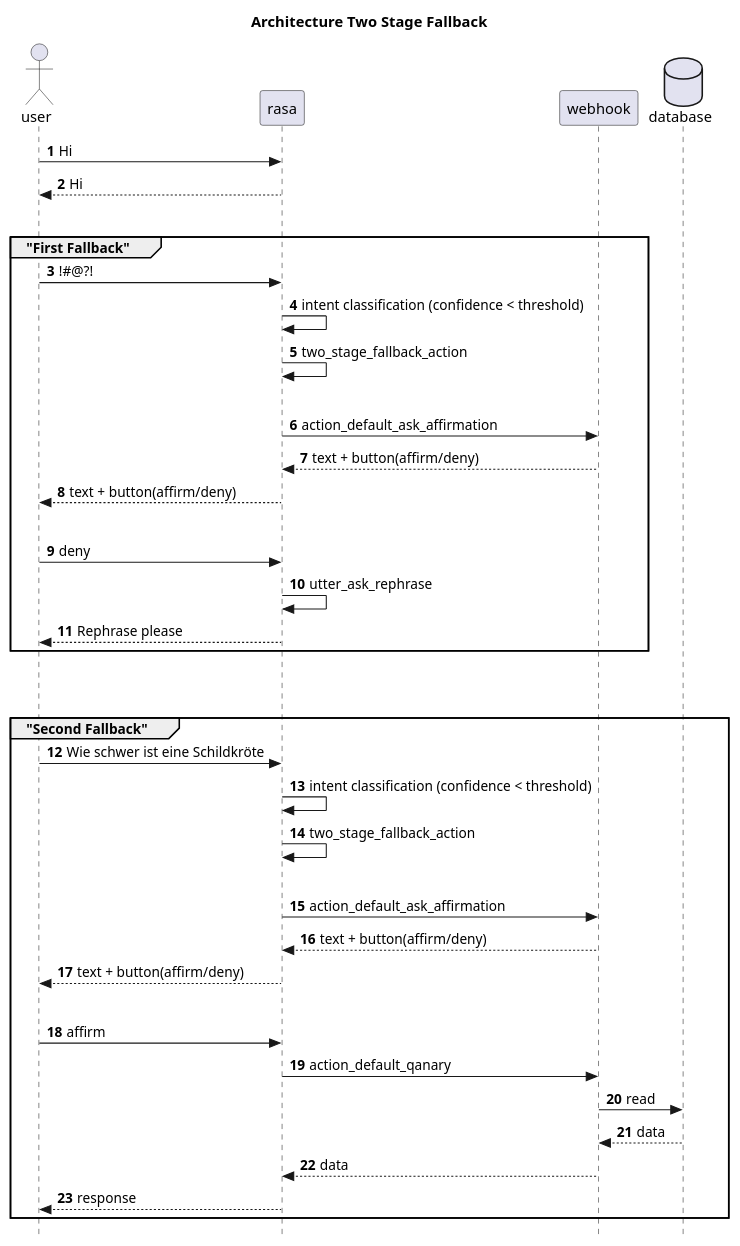
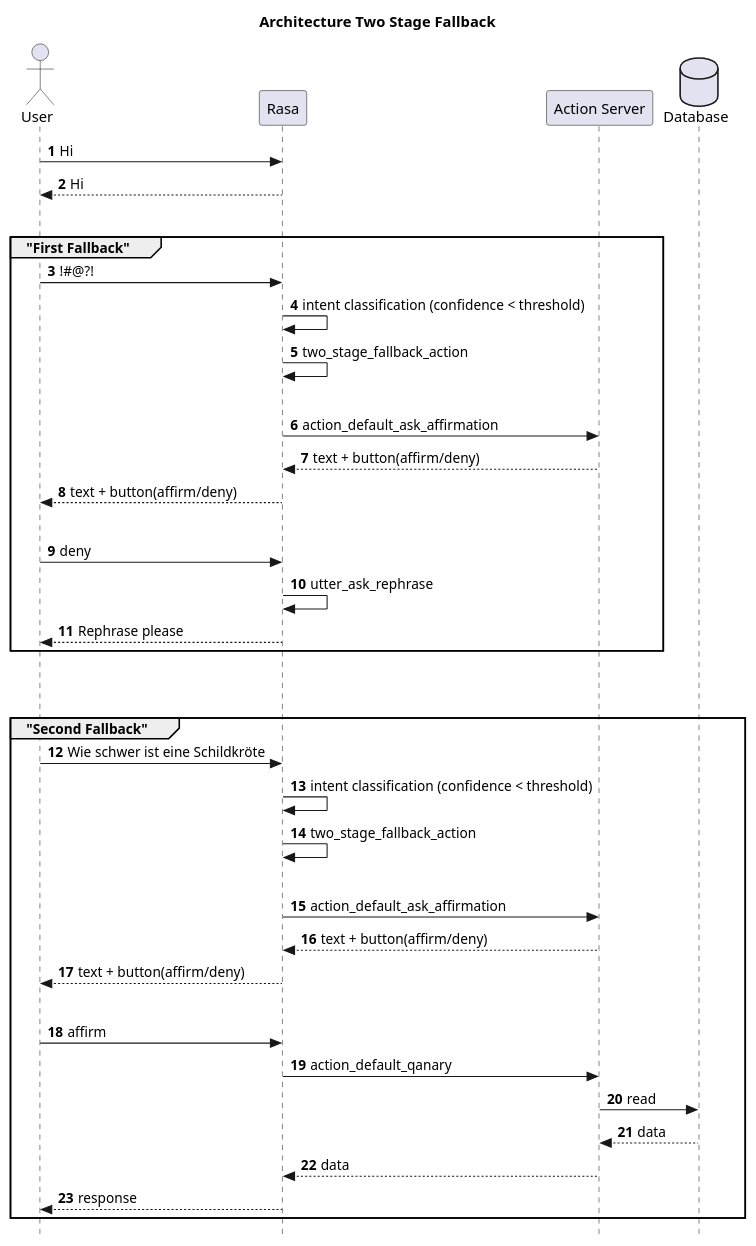
The diagram in docs/diagrams/Architecture Two Stage Fallback Affirm.puml (fredericbahr/quatsch-project-22), drawn with PlantUML before and after one commit. The commit also changed 4 other files, not shown here.

Commit message:
docs: refactor diagrams

```diff
--- a/docs/diagrams/Architecture Two Stage Fallback Affirm.puml
+++ b/docs/diagrams/Architecture Two Stage Fallback Affirm.puml
@@ -1,60 +1,60 @@
 @startuml
 skinparam Style strictuml
 autonumber
 skinparam BoxPadding 15
 
 title Architecture Two Stage Fallback
 
-actor "user"
+actor "User"
 
-"user" -> rasa: Hi
-"user" <-- rasa: Hi
+"User" -> Rasa: Hi
+"User" <-- Rasa: Hi
 
 |||
 
 group "First Fallback"
-"user" -> rasa: !#@?!
-rasa -> rasa: intent classification (confidence < threshold)
-rasa -> rasa: two_stage_fallback_action
+"User" -> Rasa: !#@?!
+Rasa -> Rasa: intent classification (confidence < threshold)
+Rasa -> Rasa: two_stage_fallback_action
 
 |||
 
-rasa -> webhook: action_default_ask_affirmation
-rasa <-- webhook: text + button(affirm/deny)
-"user" <-- rasa: text + button(affirm/deny)
+Rasa -> "Action Server": action_default_ask_affirmation
+Rasa <-- "Action Server": text + button(affirm/deny)
+"User" <-- Rasa: text + button(affirm/deny)
 
 |||
 
-"user" -> rasa: deny
-rasa -> rasa: utter_ask_rephrase
-"user" <-- rasa: Rephrase please
+"User" -> Rasa: deny
+Rasa -> Rasa: utter_ask_rephrase
+"User" <-- Rasa: Rephrase please
 end
 
 |||
 |||
 
 group "Second Fallback"
-"user" -> rasa: Wie schwer ist eine Schildkröte
-rasa -> rasa: intent classification (confidence < threshold)
-rasa -> rasa: two_stage_fallback_action
+"User" -> Rasa: Wie schwer ist eine Schildkröte
+Rasa -> Rasa: intent classification (confidence < threshold)
+Rasa -> Rasa: two_stage_fallback_action
 
 
 |||
 
-rasa -> webhook: action_default_ask_affirmation
-rasa <-- webhook: text + button(affirm/deny)
-"user" <-- rasa: text + button(affirm/deny)
+Rasa -> "Action Server": action_default_ask_affirmation
+Rasa <-- "Action Server": text + button(affirm/deny)
+"User" <-- Rasa: text + button(affirm/deny)
 
 |||
 
-"user" -> rasa: affirm
-rasa -> webhook: action_default_qanary
-database "database"
-webhook -> "database": read
-webhook <-- "database": data
+"User" -> Rasa: affirm
+Rasa -> "Action Server": action_default_qanary
+database "Database"
+"Action Server" -> "Database": read
+"Action Server" <-- "Database": data
 
-rasa <-- webhook: data
-"user" <-- rasa: response
+Rasa <-- "Action Server": data
+"User" <-- Rasa: response
 end
 
 @enduml
```
